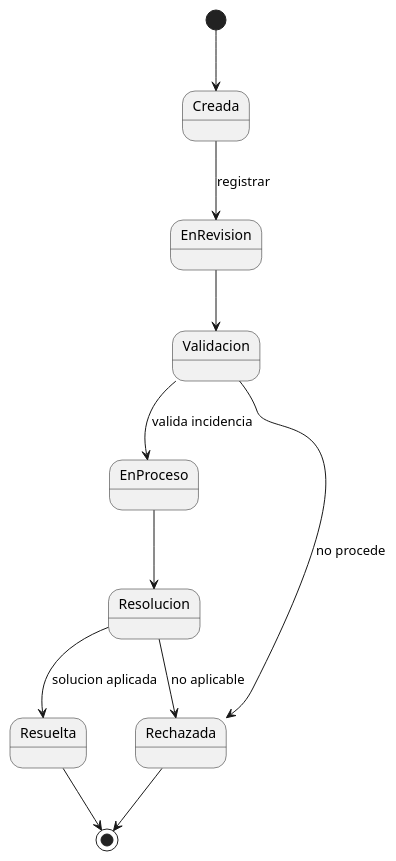
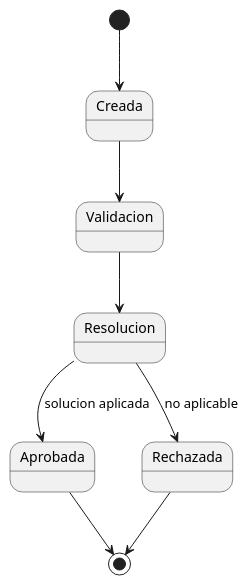
The diagram in Constructor_De_Horarios/images/modelosUML/diagramasDeEstados/incidencias.puml (antoniogavilanes/Constructor_De_Horarios), drawn with PlantUML before and after one commit. The commit also changed 2 other files, not shown here.

Commit message:
Diagrama de estados actualizado

```diff
--- a/Constructor_De_Horarios/images/modelosUML/diagramasDeEstados/incidencias.puml
+++ b/Constructor_De_Horarios/images/modelosUML/diagramasDeEstados/incidencias.puml
@@ -1,19 +1,14 @@
 @startuml
 
 [*] --> Creada
 
-Creada --> EnRevision : registrar
+Creada --> Validacion <<choice>>
 
-EnRevision --> Validacion <<choice>>
+Validacion --> Resolucion <<choice>>
 
-Validacion --> EnProceso : valida incidencia
-Validacion --> Rechazada : no procede
-
-EnProceso --> Resolucion <<choice>>
-
-Resolucion --> Resuelta : solucion aplicada
+Resolucion --> Aprobada : solucion aplicada
 Resolucion --> Rechazada : no aplicable
 
-Resuelta --> [*]
+Aprobada --> [*]
 Rechazada --> [*]
 @enduml
```
